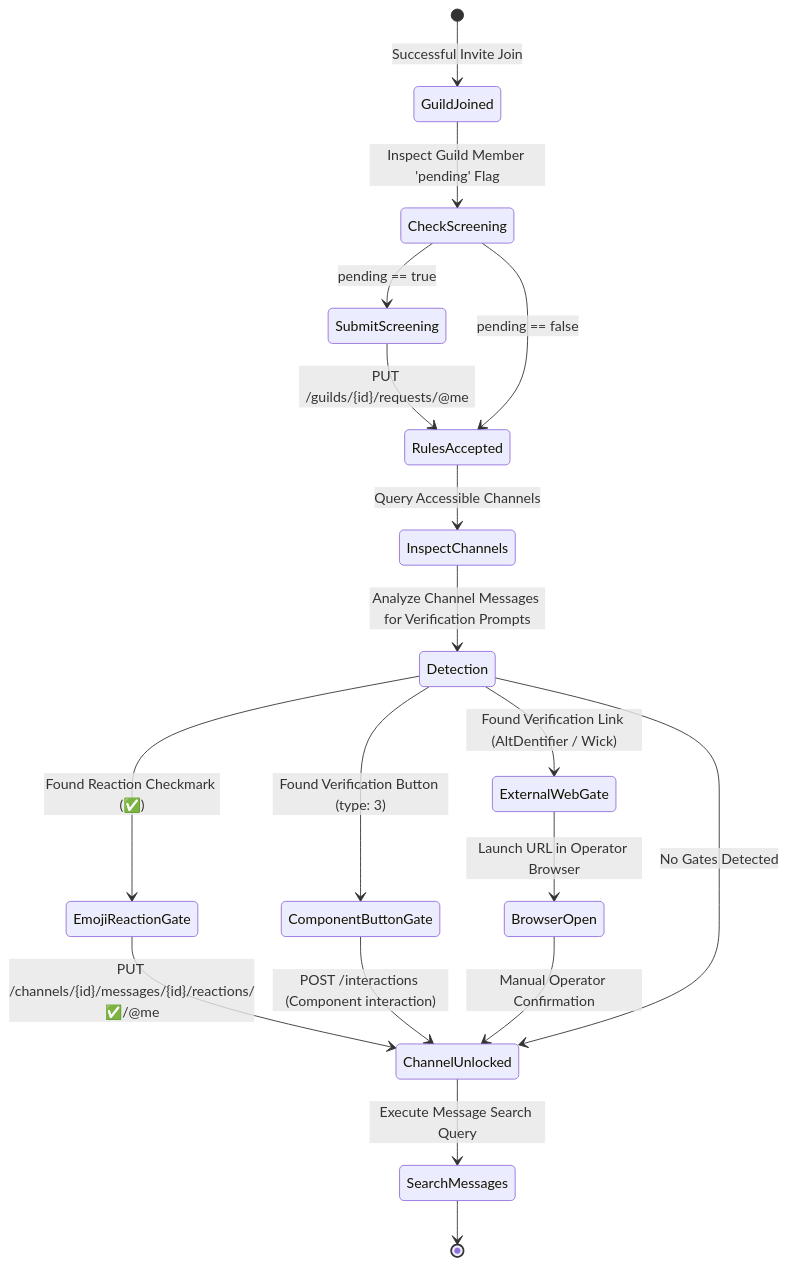
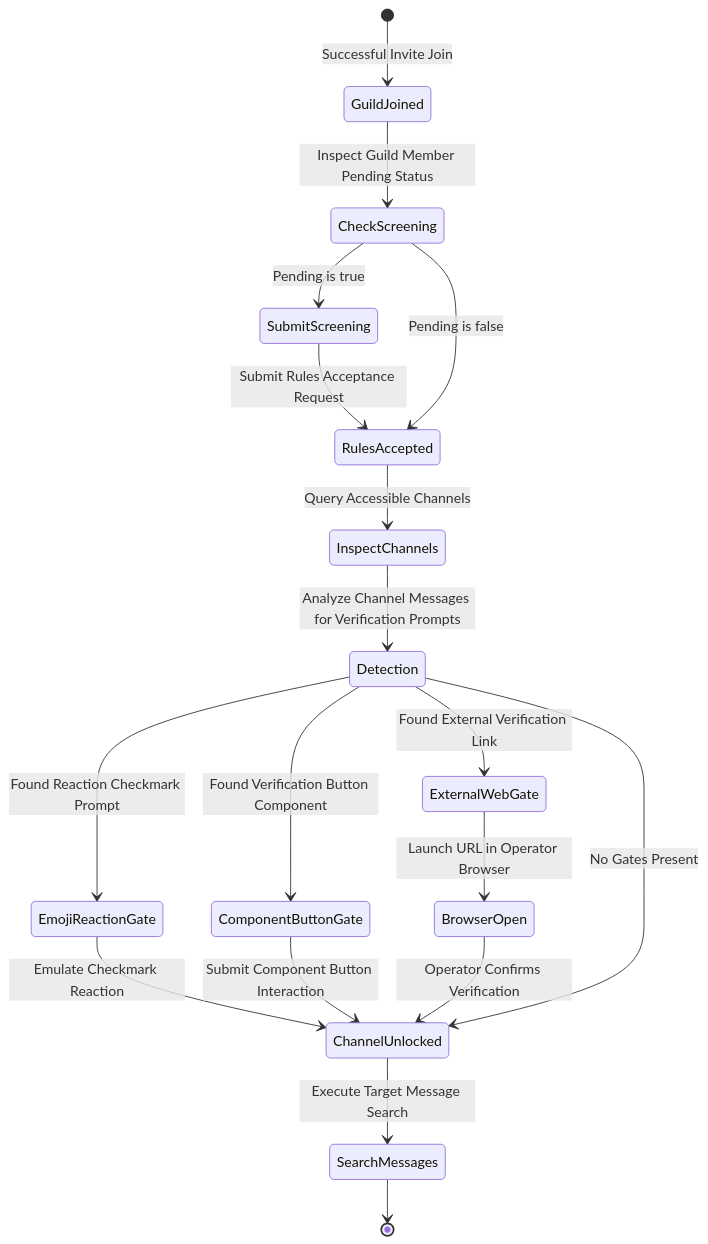
The fifth of 6 diagrams in README.md (Kingof3O/discord-osint), drawn with Mermaid before and after one commit. The commit also changed other lines of this file and 1 other file, not shown here.

Commit message:
fix(docs): resolve Mermaid syntax errors and escape parameters in diagrams

````diff
--- a/README.md
+++ b/README.md
@@ -266,29 +264,29 @@
 ```mermaid
 stateDiagram-v2
     [*] --> GuildJoined: Successful Invite Join
     
-    GuildJoined --> CheckScreening: Inspect Guild Member 'pending' Flag
+    GuildJoined --> CheckScreening: Inspect Guild Member Pending Status
     
-    CheckScreening --> SubmitScreening: pending == true
-    SubmitScreening --> RulesAccepted: PUT /guilds/{id}/requests/@me
-    CheckScreening --> RulesAccepted: pending == false
+    CheckScreening --> SubmitScreening: Pending is true
+    SubmitScreening --> RulesAccepted: Submit Rules Acceptance Request
+    CheckScreening --> RulesAccepted: Pending is false
     
     RulesAccepted --> InspectChannels: Query Accessible Channels
     
     InspectChannels --> Detection: Analyze Channel Messages for Verification Prompts
     
-    Detection --> EmojiReactionGate: Found Reaction Checkmark (✅)
-    EmojiReactionGate --> ChannelUnlocked: PUT /channels/{id}/messages/{id}/reactions/✅/@me
+    Detection --> EmojiReactionGate: Found Reaction Checkmark Prompt
+    EmojiReactionGate --> ChannelUnlocked: Emulate Checkmark Reaction
     
-    Detection --> ComponentButtonGate: Found Verification Button (type: 3)
-    ComponentButtonGate --> ChannelUnlocked: POST /interactions (Component interaction)
+    Detection --> ComponentButtonGate: Found Verification Button Component
+    ComponentButtonGate --> ChannelUnlocked: Submit Component Button Interaction
     
-    Detection --> ExternalWebGate: Found Verification Link (AltDentifier / Wick)
+    Detection --> ExternalWebGate: Found External Verification Link
     ExternalWebGate --> BrowserOpen: Launch URL in Operator Browser
-    BrowserOpen --> ChannelUnlocked: Manual Operator Confirmation
+    BrowserOpen --> ChannelUnlocked: Operator Confirms Verification
     
-    Detection --> ChannelUnlocked: No Gates Detected
+    Detection --> ChannelUnlocked: No Gates Present
     
-    ChannelUnlocked --> SearchMessages: Execute Message Search Query
+    ChannelUnlocked --> SearchMessages: Execute Target Message Search
     SearchMessages --> [*]
 ```
````
